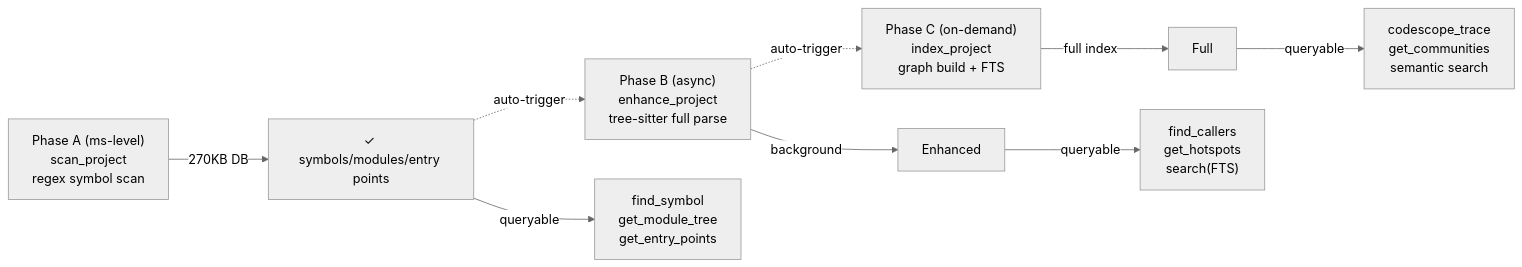
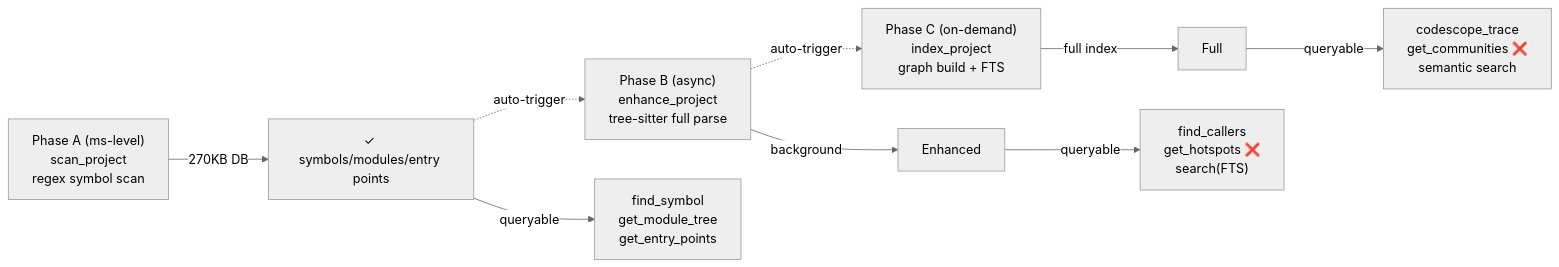
Before and after one commit to Timwood0x10/CodeScope: the second of 3 diagrams in docs/articles/en/codescope-architecture-01-intro.md, drawn with Mermaid (neutral theme). The commit also changed 33 other files, not shown here.

Commit message:
docs: update all docs to mark missing MCP tools, add new architecture articles

````diff
--- a/docs/articles/en/codescope-architecture-01-intro.md
+++ b/docs/articles/en/codescope-architecture-01-intro.md
@@ -138,11 +138,11 @@
 ```mermaid
 flowchart LR
     PA["Phase A (ms-level)<br/>scan_project<br/>regex symbol scan"] -->|"270KB DB"| Ready["✓ symbols/modules/entry points"]
     PB["Phase B (async)<br/>enhance_project<br/>tree-sitter full parse"] -->|"background"| Enhanced
     PC["Phase C (on-demand)<br/>index_project<br/>graph build + FTS"] -->|"full index"| Full
     Ready -.->|"auto-trigger"| PB
     Ready -->|"queryable"| Query1["find_symbol<br/>get_module_tree<br/>get_entry_points"]
     PB -.->|"auto-trigger"| PC
-    Enhanced -->|"queryable"| Query2["find_callers<br/>get_hotspots<br/>search(FTS)"]
-    Full -->|"queryable"| Query3["codescope_trace<br/>get_communities<br/>semantic search"]
+    Enhanced -->|"queryable"| Query2["find_callers<br/>get_hotspots ❌<br/>search(FTS)"]
+    Full -->|"queryable"| Query3["codescope_trace<br/>get_communities ❌<br/>semantic search"]
 ```
````
